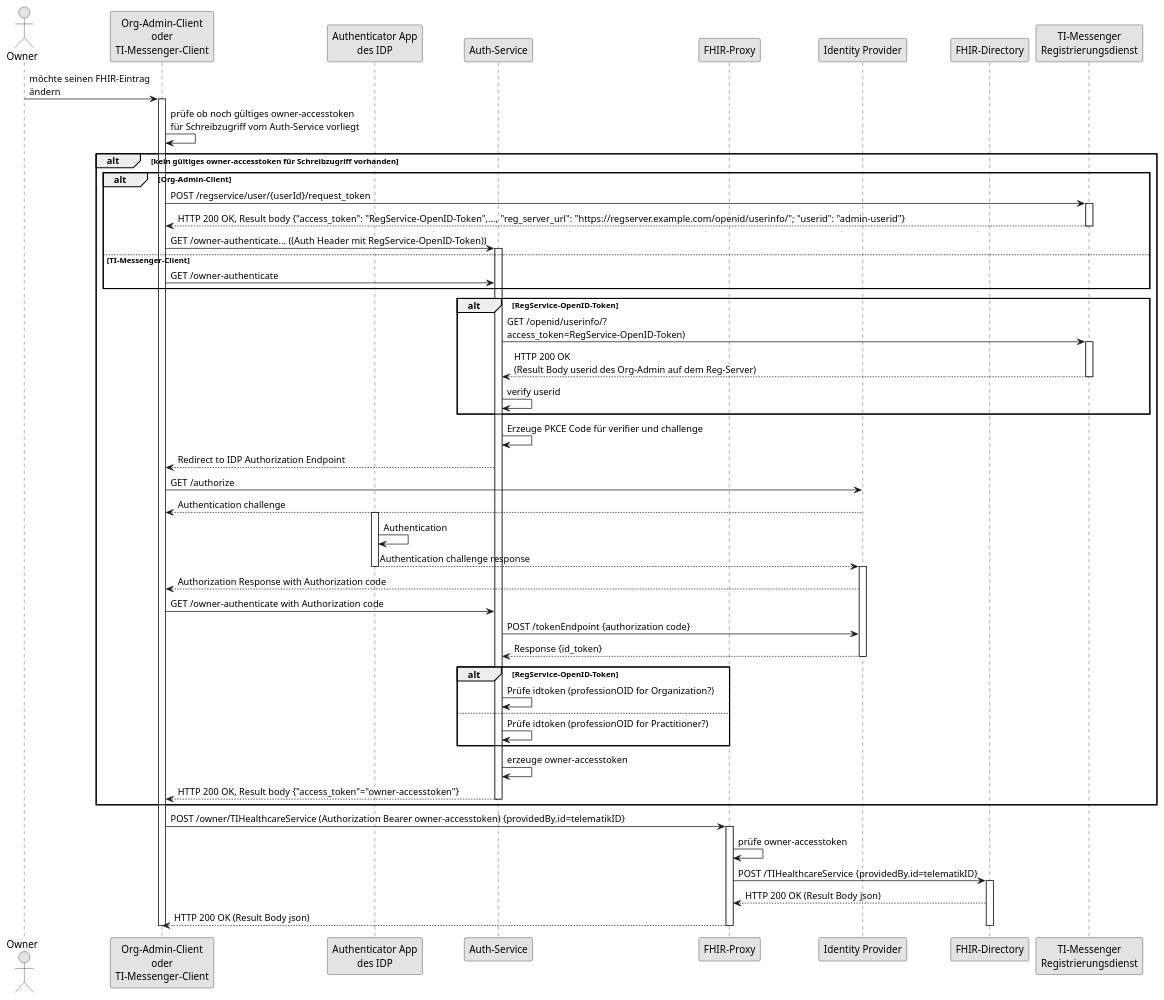
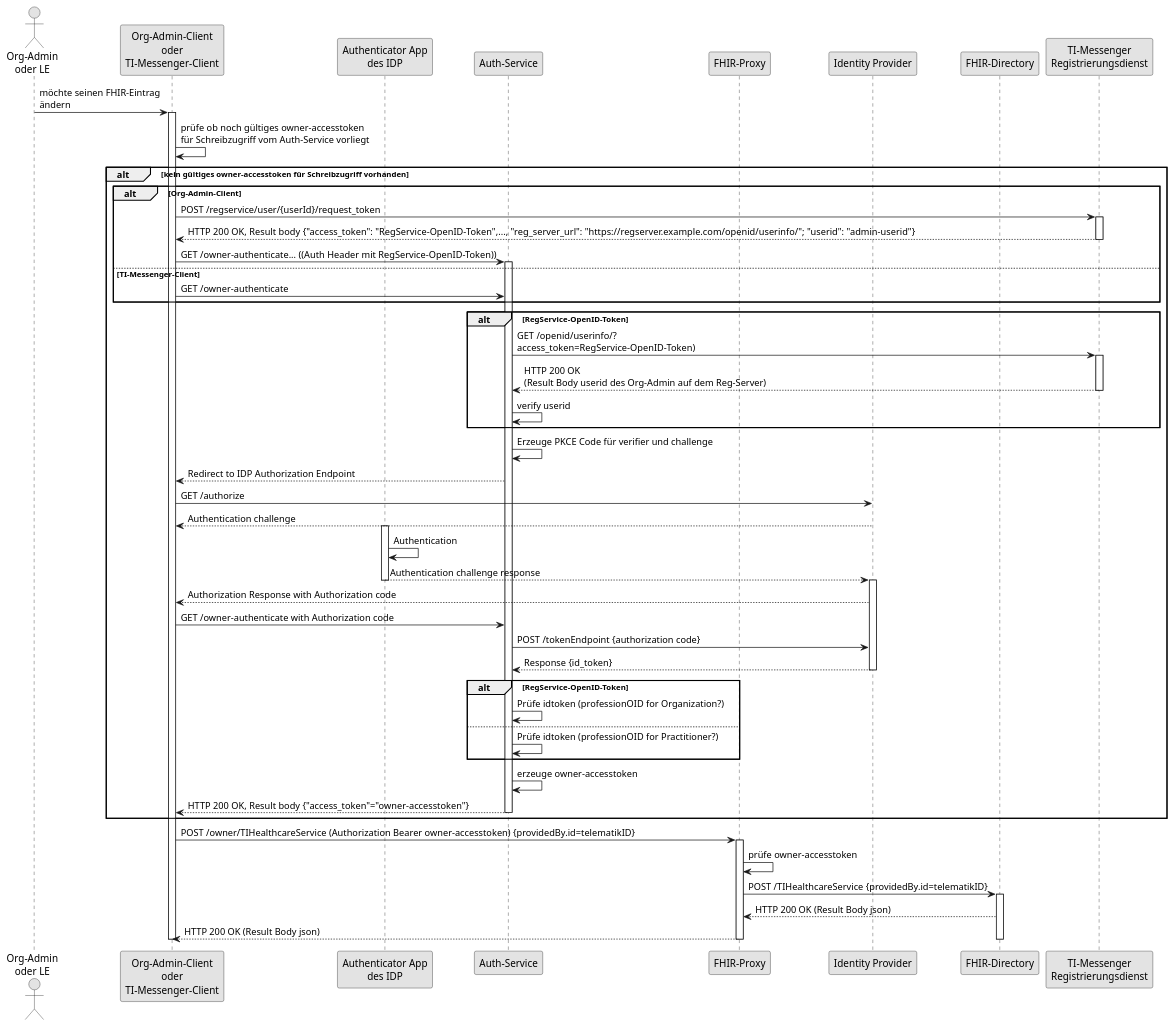
The diagram in src/plantuml/SequenceDiagram.FHIR-Directory.owner.puml (gematik/api-vzd), drawn with PlantUML before and after one commit. The commit also changed 14 other files, not shown here.

```diff
--- a/src/plantuml/SequenceDiagram.FHIR-Directory.owner.puml
+++ b/src/plantuml/SequenceDiagram.FHIR-Directory.owner.puml
@@ -1,70 +1,70 @@
-@startuml
+@startuml FHIR-Directory, Sequenzdiagram Änderung von eigenen -Einträgen
 skinparam dpi 100
 skinparam WrapWidth 200
 skinparam monochrome true
 
-'title "FHIR-Directory, Sequenzdiagram Änderung von eigenen TIOrganization- oder TIPractitioner-Einträgen'
-actor o as "Owner"
+'title "FHIR-Directory, Sequenzdiagram Änderung von eigenen Einträgen'
+actor o as "Org-Admin\noder LE"
 participant cl as "Org-Admin-Client\noder\nTI-Messenger-Client"
 participant aa as "Authenticator App\ndes IDP"
 participant au as "Auth-Service"
 participant fp as "FHIR-Proxy"
 participant idp as "Identity Provider"
 participant fd as "FHIR-Directory"
 participant rd as "TI-Messenger\nRegistrierungsdienst"
 o -> cl: möchte seinen FHIR-Eintrag\nändern
 activate cl
 cl -> cl: prüfe ob noch gültiges owner-accesstoken\nfür Schreibzugriff vom Auth-Service vorliegt
 alt kein gültiges owner-accesstoken für Schreibzugriff vorhanden
 alt Org-Admin-Client
 cl -> rd: POST /regservice/user/{userId}/request_token
 activate rd
 rd --> cl: HTTP 200 OK, Result body {"access_token": "RegService-OpenID-Token",..., "reg_server_url": "https://regserver.example.com/openid/userinfo/"; "userid": "admin-userid"}
 deactivate rd
 cl -> au: GET /owner-authenticate... ((Auth Header mit RegService-OpenID-Token))
 activate au
 else TI-Messenger-Client
 cl -> au: GET /owner-authenticate
 end
 alt RegService-OpenID-Token
 au -> rd: GET /openid/userinfo/?\naccess_token=RegService-OpenID-Token)
 activate rd
 rd --> au: HTTP 200 OK\n(Result Body userid des Org-Admin auf dem Reg-Server)
 deactivate rd
 au -> au: verify userid
 end
 au -> au: Erzeuge PKCE Code für verifier und challenge
 au --> cl: Redirect to IDP Authorization Endpoint
 cl -> idp: GET /authorize
 idp --> cl: Authentication challenge
 activate aa
 aa -> aa: Authentication
 aa --> idp: Authentication challenge response
 deactivate aa
 activate idp
 idp --> cl: Authorization Response with Authorization code
 cl -> au: GET /owner-authenticate with Authorization code
 au -> idp: POST /tokenEndpoint {authorization code}
 idp --> au: Response {id_token}
 
 deactivate idp
 alt RegService-OpenID-Token
 au -> au: Prüfe idtoken (professionOID for Organization?)
 else
 au -> au: Prüfe idtoken (professionOID for Practitioner?)
 end
 au -> au: erzeuge owner-accesstoken
 au --> cl: HTTP 200 OK, Result body {"access_token"="owner-accesstoken"}
 deactivate au
 end
 cl -> fp: POST /owner/TIHealthcareService (Authorization Bearer owner-accesstoken) {providedBy.id=telematikID}
 activate fp
 fp -> fp: prüfe owner-accesstoken
 fp -> fd: POST /TIHealthcareService {providedBy.id=telematikID}
 activate fd
 fd --> fp: HTTP 200 OK (Result Body json)
 fp --> cl: HTTP 200 OK (Result Body json)
 deactivate fd
 deactivate fp
 deactivate cl
 @enduml
```
